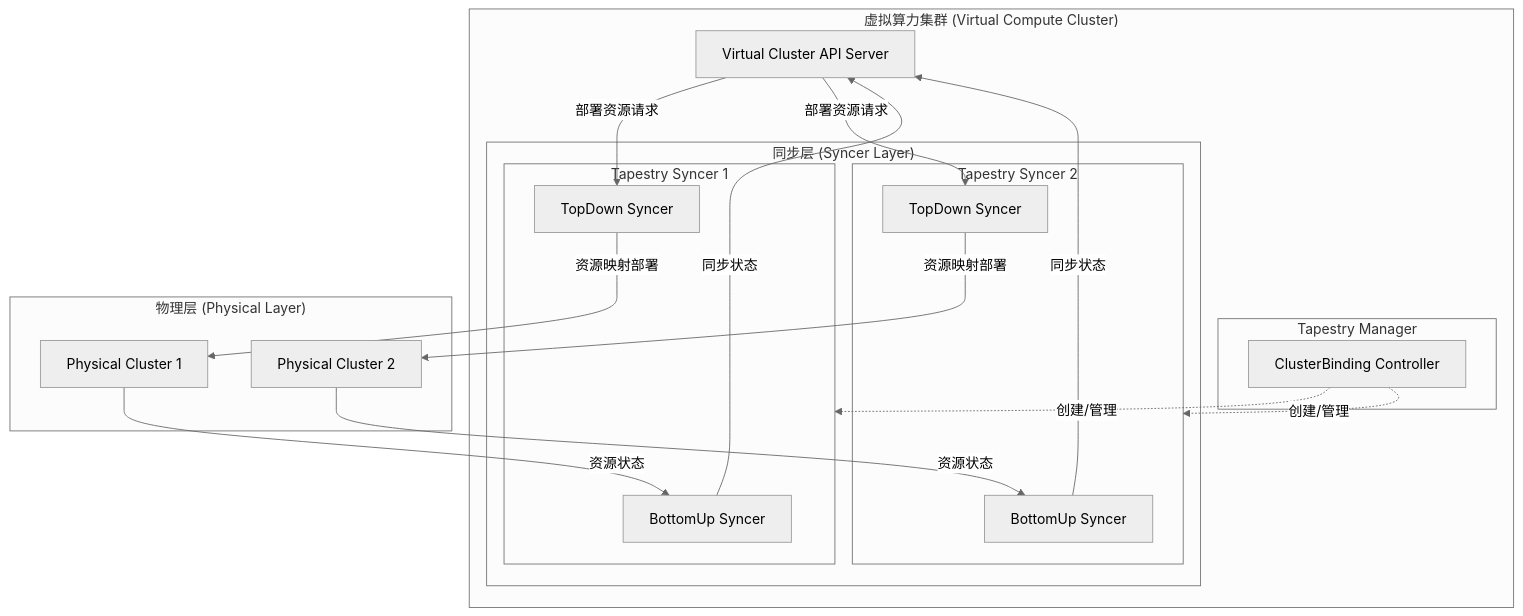
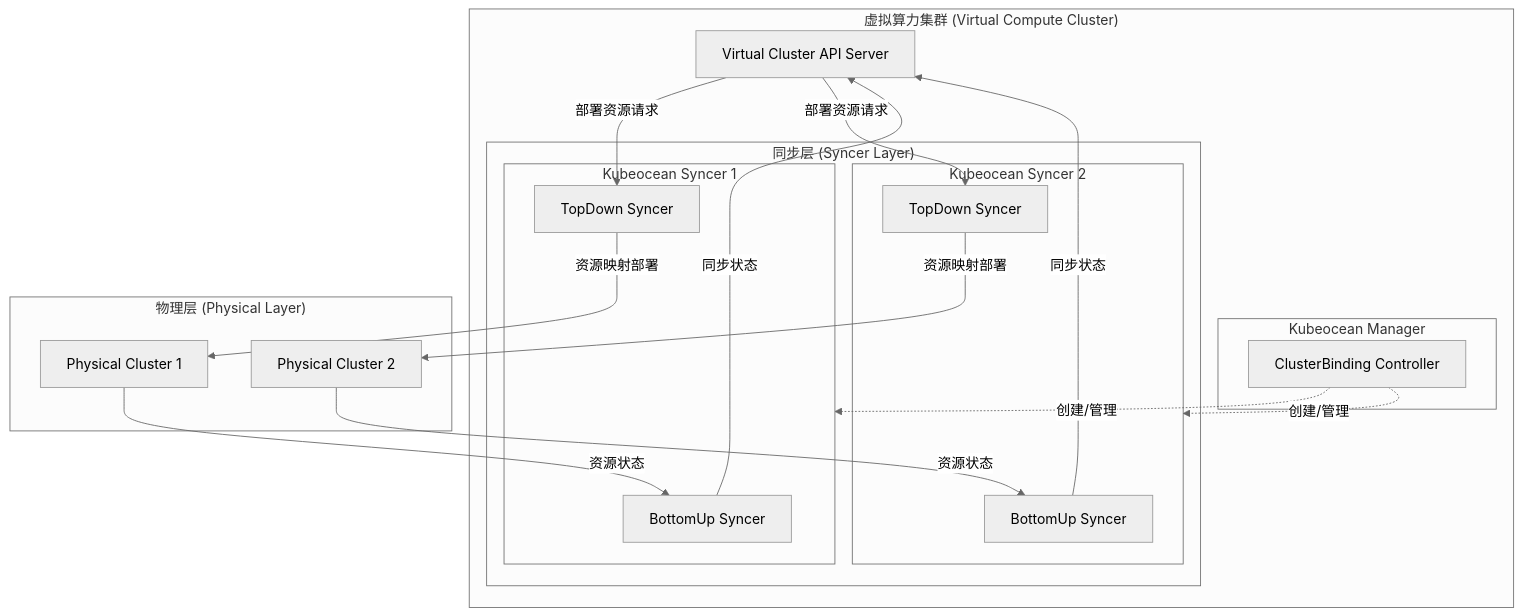
One commit to gocrane/kubeocean changed the diagram in docs/architecture.md. Above: the diagram before and after it, drawn with Mermaid (neutral theme). The commit also changed other lines of this file and 140 other files, not shown here.

Commit message:
chore: modify project name from tapestry to kubeocean

````diff
--- a/docs/architecture.md
+++ b/docs/architecture.md
@@ -25,42 +25,42 @@
 ```mermaid
 flowchart TD
     subgraph VC["虚拟算力集群 (Virtual Compute Cluster)"]
         VCS[Virtual Cluster API Server]
-        subgraph TM["Tapestry Manager"]
+        subgraph TM["Kubeocean Manager"]
             CBC[ClusterBinding Controller]
         end
         
         subgraph SL["同步层 (Syncer Layer)"]
-            subgraph TS1["Tapestry Syncer 1"]
+            subgraph TS1["Kubeocean Syncer 1"]
                 BUS1[BottomUp Syncer]
                 TDS1[TopDown Syncer]
             end
             
-            subgraph TS2["Tapestry Syncer 2"]
+            subgraph TS2["Kubeocean Syncer 2"]
                 BUS2[BottomUp Syncer]
                 TDS2[TopDown Syncer]
             end
         end
     end
     
     subgraph PL["物理层 (Physical Layer)"]
         PC1[Physical Cluster 1]
         PC2[Physical Cluster 2]
     end
     
     %% 管理连接
     CBC -.->|创建/管理| TS1
     CBC -.->|创建/管理| TS2
     
     %% Bottom-up 同步
     PC1 -->|资源状态| BUS1
     PC2 -->|资源状态| BUS2
     BUS1 -->|同步状态| VCS
     BUS2 -->|同步状态| VCS
     
     %% Top-down 同步
     VCS -->|部署资源请求| TDS1
     VCS -->|部署资源请求| TDS2
     TDS1 -->|资源映射部署| PC1
     TDS2 -->|资源映射部署| PC2
 ```
````
